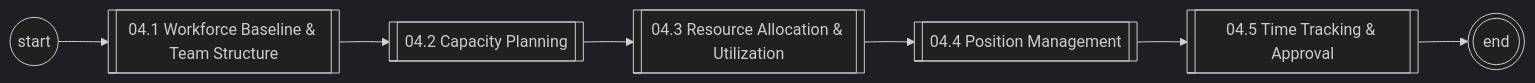
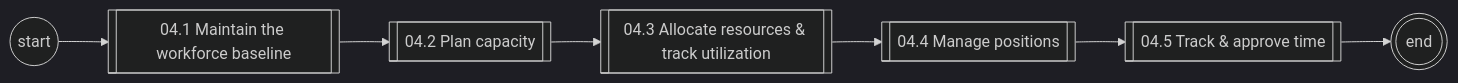
The first of 6 diagrams in diagrams/mermaid/area-04.md (corbyjames/apptio-process-catalog), drawn with Mermaid (dark theme) before and after one commit. The commit also changed other lines of this file and 251 other files, not shown here.

````diff
--- a/diagrams/mermaid/area-04.md
+++ b/diagrams/mermaid/area-04.md
@@ -7,15 +7,15 @@
 ```mermaid
 flowchart LR
   S((start))
-  N04_1[["04.1 Workforce Baseline & Team Structure"]]
+  N04_1[["04.1 Maintain the workforce baseline"]]
   S --> N04_1
-  N04_2[["04.2 Capacity Planning"]]
+  N04_2[["04.2 Plan capacity"]]
   N04_1 --> N04_2
-  N04_3[["04.3 Resource Allocation & Utilization"]]
+  N04_3[["04.3 Allocate resources & track utilization"]]
   N04_2 --> N04_3
-  N04_4[["04.4 Position Management"]]
+  N04_4[["04.4 Manage positions"]]
   N04_3 --> N04_4
-  N04_5[["04.5 Time Tracking & Approval"]]
+  N04_5[["04.5 Track & approve time"]]
   N04_4 --> N04_5
   N04_5 --> E(((end)))
 ```
````
